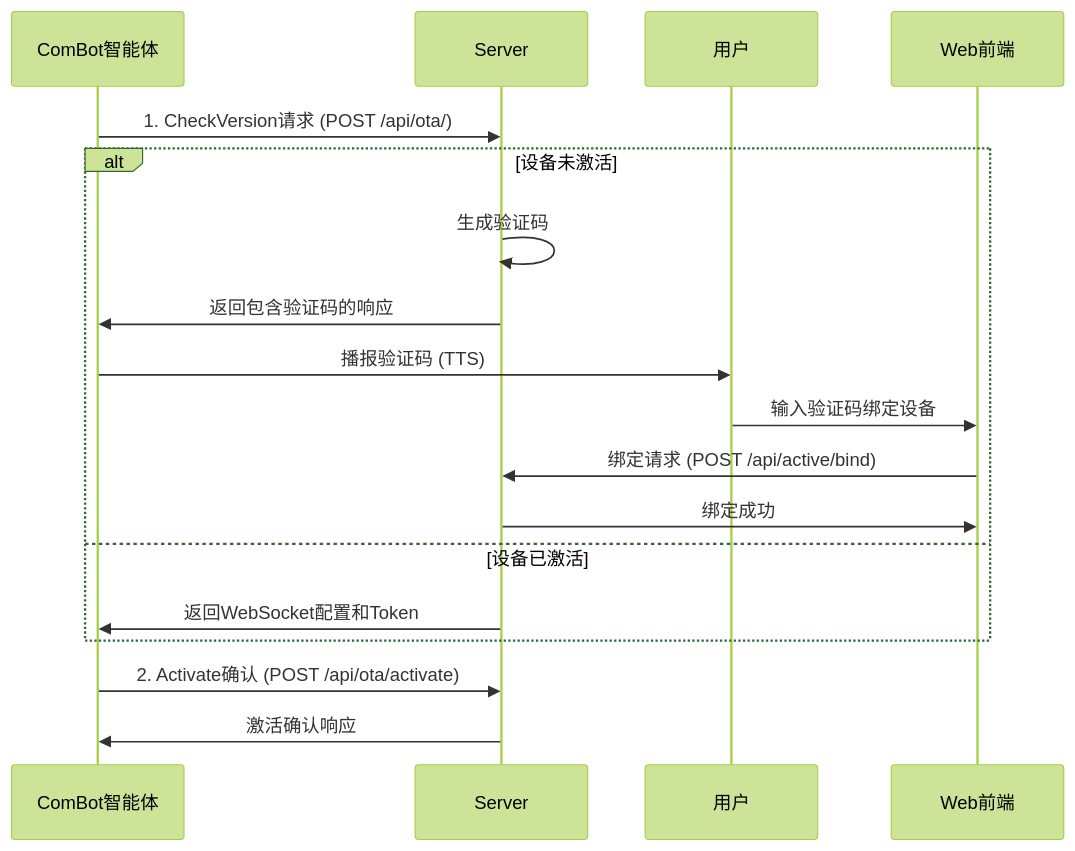
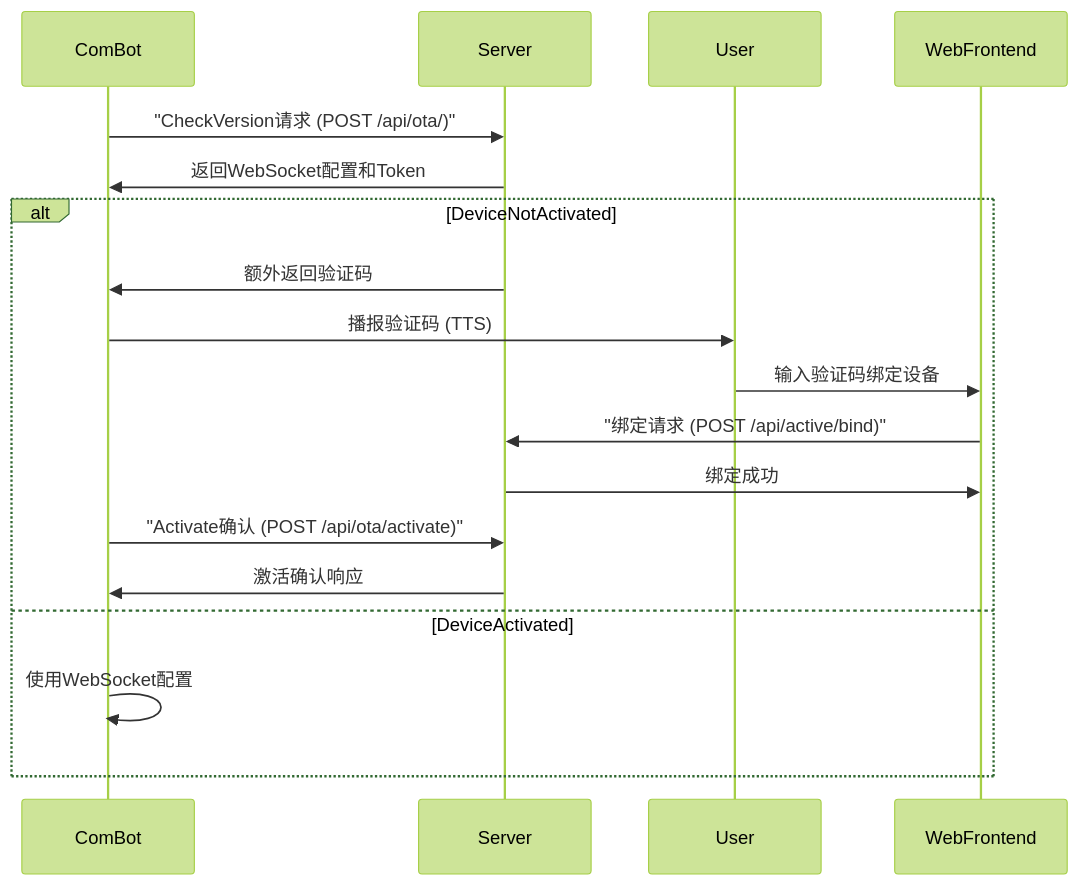
Before and after one commit to harryin777/combot-server-go: the diagram in docs/combot-server-interaction.md, drawn with Mermaid (forest theme). The commit also changed other lines of this file and 7 other files, not shown here.

````diff
--- a/docs/combot-server-interaction.md
+++ b/docs/combot-server-interaction.md
@@ -9,21 +9,22 @@
 ```mermaid
 sequenceDiagram
-    participant C as ComBot智能体
+    participant C as ComBot
     participant S as Server
-    participant U as 用户
-    participant W as Web前端
+    participant U as User
+    participant W as WebFrontend
 
-    C->>S: 1. CheckVersion请求 (POST /api/ota/)
-    alt 设备未激活
-        S->>S: 生成验证码
-        S->>C: 返回包含验证码的响应
+    C->>S: "CheckVersion请求 (POST /api/ota/)"
+    S->>C: 返回WebSocket配置和Token
+  
+    alt DeviceNotActivated
+        S->>C: 额外返回验证码
         C->>U: 播报验证码 (TTS)
         U->>W: 输入验证码绑定设备
-        W->>S: 绑定请求 (POST /api/active/bind)
+        W->>S: "绑定请求 (POST /api/active/bind)"
         S->>W: 绑定成功
-    else 设备已激活
-        S->>C: 返回WebSocket配置和Token
+        C->>S: "Activate确认 (POST /api/ota/activate)"
+        S->>C: 激活确认响应
+    else DeviceActivated
+        C->>C: 使用WebSocket配置
     end
-    C->>S: 2. Activate确认 (POST /api/ota/activate)
-    S->>C: 激活确认响应
 ```
````
